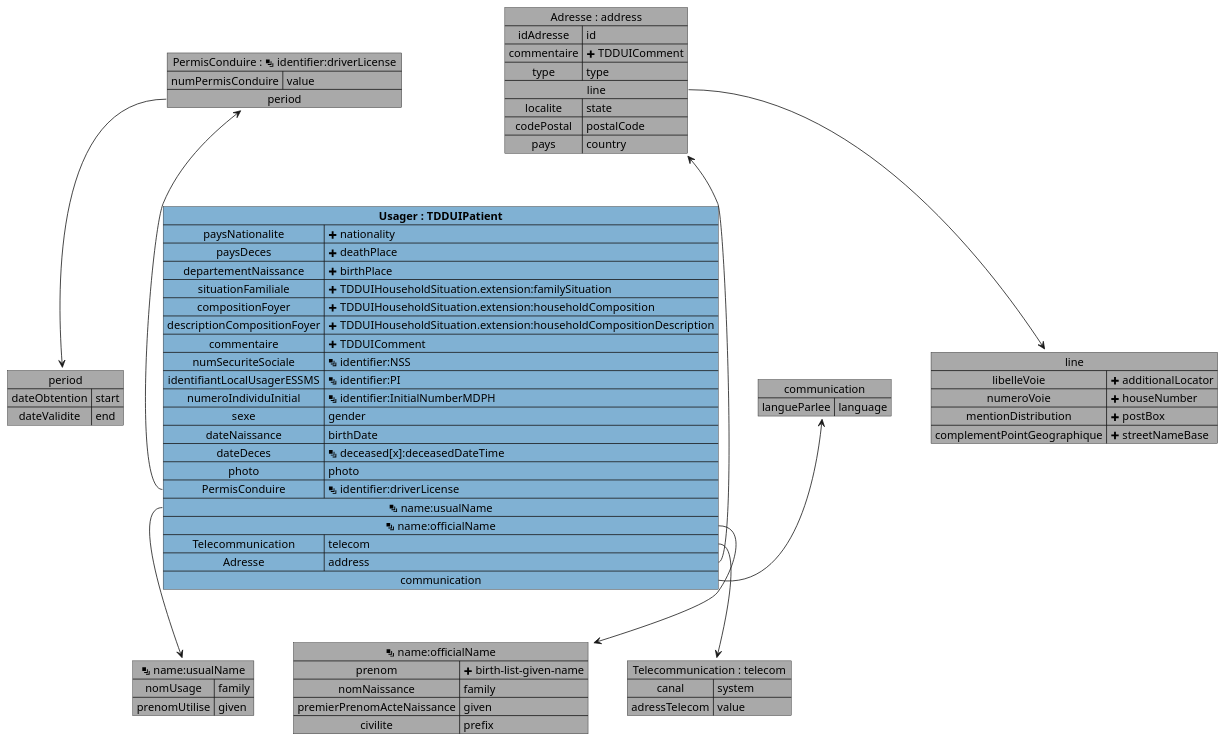
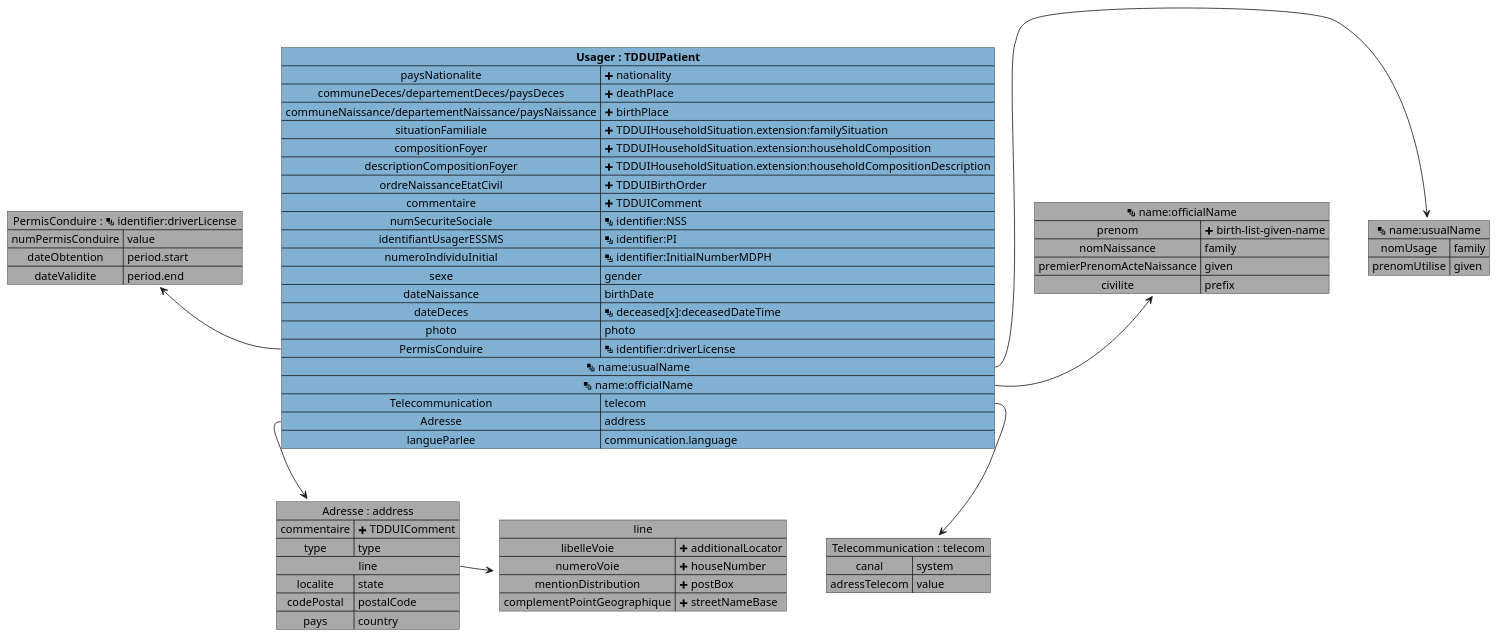
One commit to ansforge/IG-fhir-medicosocial-transfert-donnees-dui changed the diagram in input/images-source/mapping_TDDUIPatient.plantuml. Above: the diagram before and after it, drawn with PlantUML. The commit also changed 2 other files, not shown here.

```diff
--- a/input/images-source/mapping_TDDUIPatient.plantuml
+++ b/input/images-source/mapping_TDDUIPatient.plantuml
@@ -1,78 +1,72 @@
 @startuml
 
-map "period" as period #DarkGray {
-    dateObtention => start
-    dateValidite => end
+
+
+map "PermisConduire : <&layers> identifier:driverLicense" as PermisConduire #DarkGray {
+    numPermisConduire => value
+    dateObtention => period.start
+    dateValidite => period.end
 }
 
 map "line" as line #DarkGray {
     libelleVoie => <&plus> additionalLocator
     numeroVoie => <&plus> houseNumber
     mentionDistribution => <&plus> postBox
     complementPointGeographique => <&plus> streetNameBase
-}
-
-map "PermisConduire : <&layers> identifier:driverLicense" as PermisConduire #DarkGray {
-    numPermisConduire => value
-    period *--> period
 }
 
 map "<&layers> name:usualName" as nameusualName #DarkGray {
     nomUsage => family
     prenomUtilise => given
 }
 
 map "<&layers> name:officialName" as nameofficialName #DarkGray {
     prenom => <&plus> birth-list-given-name
     nomNaissance => family
     premierPrenomActeNaissance => given
     civilite => prefix
 }
 
 map "Telecommunication : telecom" as Telecommunication #DarkGray {
     canal => system
     adressTelecom => value
 }
 
 map "Adresse : address" as Adresse #DarkGray {
-    idAdresse => id
     commentaire => <&plus> TDDUIComment
     type => type
-    line *--> line
+    line *-> line
     localite => state
     codePostal => postalCode
     pays => country
 }
 
-map "communication" as communication #DarkGray {
-    langueParlee => language
-}
-
 map "**Usager : TDDUIPatient**" as Usager #80b1d3 {
     paysNationalite => <&plus> nationality
-    paysDeces => <&plus> deathPlace
-    departementNaissance => <&plus> birthPlace
+    communeDeces/departementDeces/paysDeces => <&plus> deathPlace
+    communeNaissance/departementNaissance/paysNaissance => <&plus> birthPlace
     situationFamiliale => <&plus> TDDUIHouseholdSituation.extension:familySituation
     compositionFoyer => <&plus> TDDUIHouseholdSituation.extension:householdComposition
     descriptionCompositionFoyer => <&plus> TDDUIHouseholdSituation.extension:householdCompositionDescription
+    ordreNaissanceEtatCivil => <&plus> TDDUIBirthOrder
     commentaire => <&plus> TDDUIComment
     numSecuriteSociale => <&layers> identifier:NSS
-    identifiantLocalUsagerESSMS => <&layers> identifier:PI
+    identifiantUsagerESSMS => <&layers> identifier:PI
     numeroIndividuInitial => <&layers> identifier:InitialNumberMDPH
     sexe => gender
     dateNaissance => birthDate
     dateDeces => <&layers> deceased[x]:deceasedDateTime
     photo => photo
     PermisConduire => <&layers> identifier:driverLicense
-    <&layers> name:usualName *--> nameusualName
-    <&layers> name:officialName *--> nameofficialName
+    <&layers> name:usualName *-> nameusualName
+    <&layers> name:officialName *-> nameofficialName
     Telecommunication => telecom
     Adresse => address
-    communication *-> communication
+    langueParlee => communication.language
 }
 
-Usager::PermisConduire -u-> PermisConduire
+Usager::PermisConduire -l-> PermisConduire
 Usager::Telecommunication -d-> Telecommunication
-Usager::Adresse -u-> Adresse
+Usager::Adresse -d-> Adresse
 
 @enduml
```
